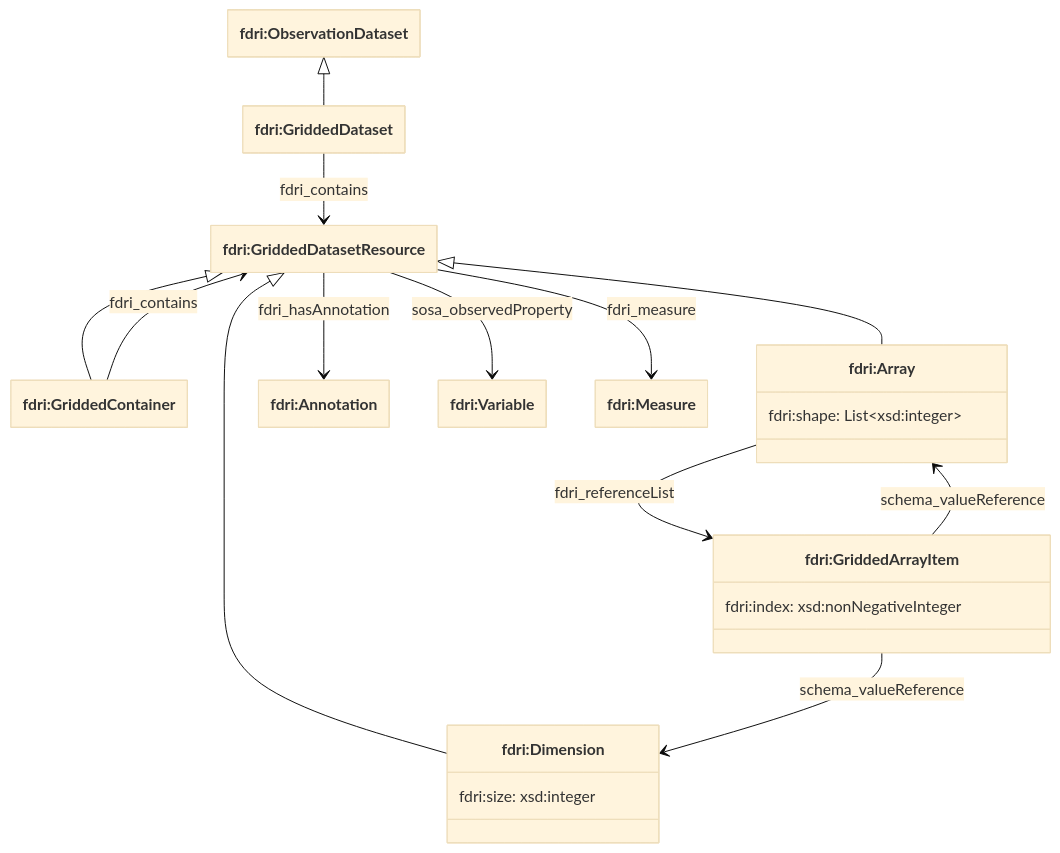
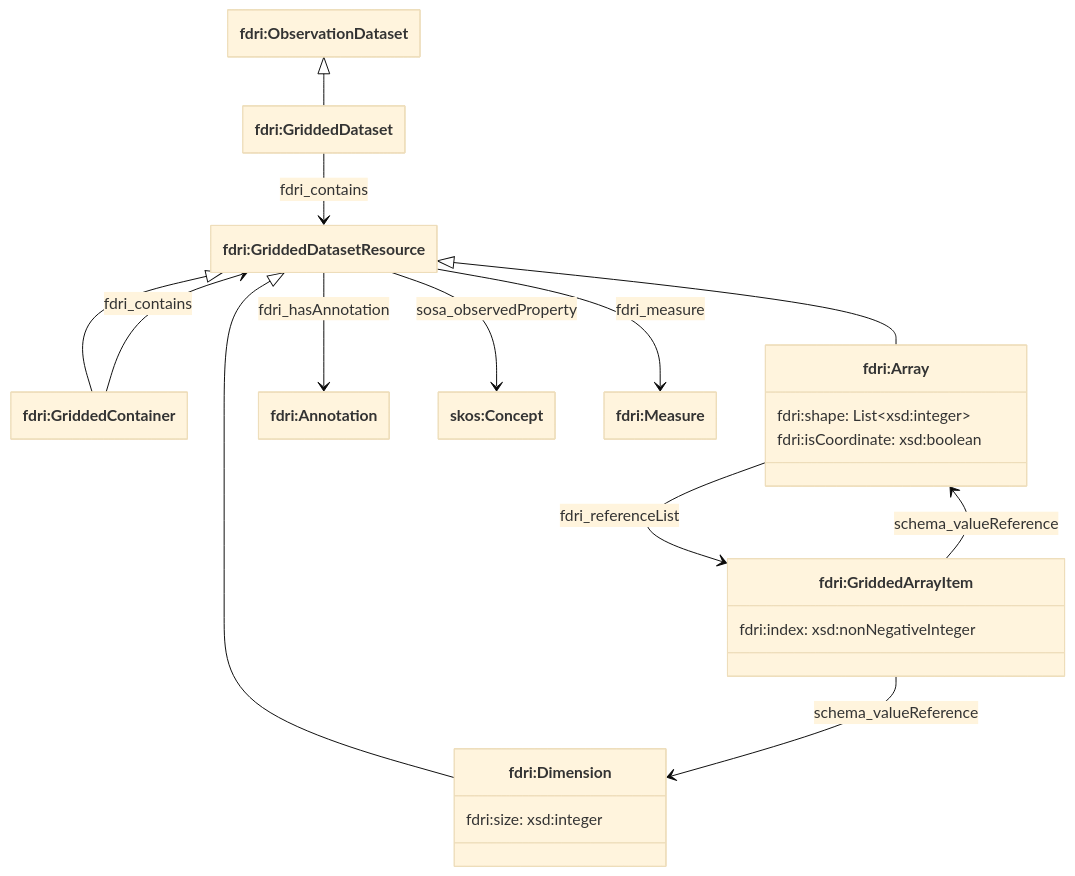
One commit to NERC-CEH/fdri-ontology changed the diagram in doc/gridded-data.md. Above: the diagram before and after it, drawn with Mermaid (base theme). The commit also changed other lines of this file and 9 other files, not shown here.

````diff
--- a/doc/gridded-data.md
+++ b/doc/gridded-data.md
@@ -28,38 +30,39 @@
 ```mermaid
 ---
 config:
     class:
         hideEmptyMembersBox: true
 ---
 classDiagram
 class ObservationDataset["fdri:ObservationDataset"]
 class GriddedDataset["fdri:GriddedDataset"]
 class GriddedContainer["fdri:GriddedContainer"]
 class GriddedDatasetResource["fdri:GriddedDatasetResource"]
 class GriddedArrayItem["fdri:GriddedArrayItem"] {
   fdri:index: xsd:nonNegativeInteger
 }
 class Dimension["fdri:Dimension"] {
   fdri:size: xsd:integer
 }
 class Array["fdri:Array"] {
   fdri:shape: List&lt;xsd:integer&gt;
+  fdri:isCoordinate: xsd:boolean
 }
 class Annotation["fdri:Annotation"]
-class Variable["fdri:Variable"]
+class Variable["skos:Concept"]
 class Measure["fdri:Measure"]
 
 ObservationDataset <|-- GriddedDataset
 GriddedDatasetResource <|-- GriddedContainer
 GriddedDatasetResource <|-- Dimension
 GriddedDatasetResource <|-- Array
 
 Array --> GriddedArrayItem: fdri_referenceList
 GriddedArrayItem --> Dimension: schema_valueReference
 GriddedArrayItem --> Array: schema_valueReference
 GriddedDataset --> GriddedDatasetResource: fdri_contains
 GriddedContainer --> GriddedDatasetResource: fdri_contains
 GriddedDatasetResource --> Annotation: fdri_hasAnnotation
 GriddedDatasetResource --> Variable: sosa_observedProperty
 GriddedDatasetResource --> Measure: fdri_measure
 ```
````
